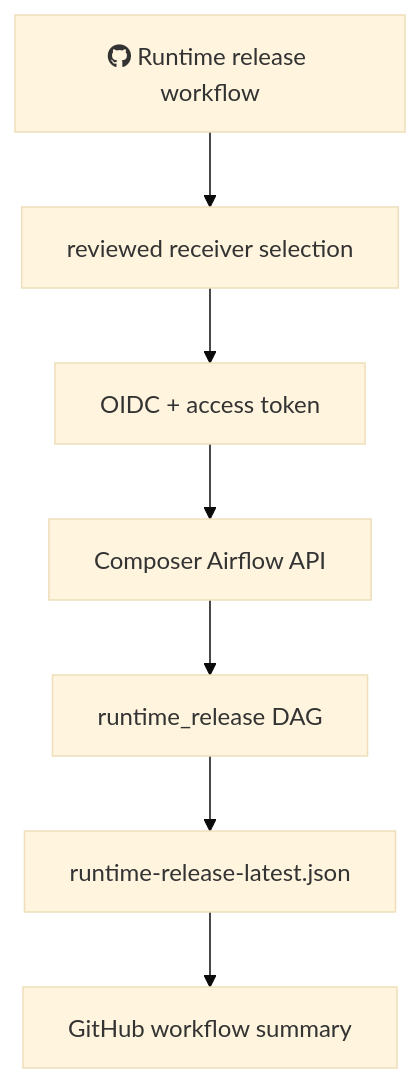
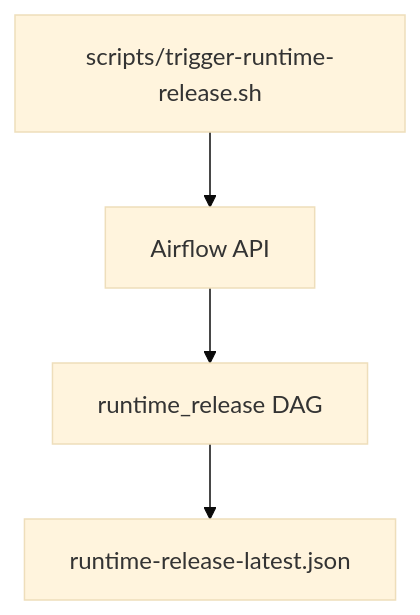
The second of 2 diagrams in docs/site/system/delivery-and-operator-workflow.md (javihslu/foehncast), drawn with Mermaid (base theme) before and after one commit. The commit also changed other lines of this file and 6 other files, not shown here.

```diff
--- a/docs/site/system/delivery-and-operator-workflow.md
+++ b/docs/site/system/delivery-and-operator-workflow.md
@@ -121,9 +117,6 @@
 <div class="mermaid">
 flowchart TD
-    GHW["fab:fa-github Runtime release workflow"] --> TARGET["reviewed receiver selection"]
-    TARGET --> AUTH["OIDC + access token"]
-    AUTH --> API["Composer Airflow API"]
+    SCRIPT["scripts/trigger-runtime-release.sh"] --> API["Airflow API"]
     API --> DAG["runtime_release DAG"]
     DAG --> REPORT["runtime-release-latest.json"]
-    REPORT --> SUMMARY["GitHub workflow summary"]
 </div>
```
